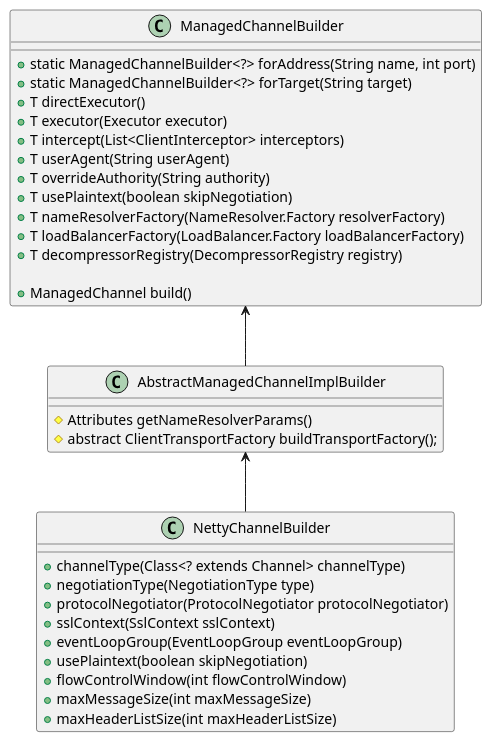
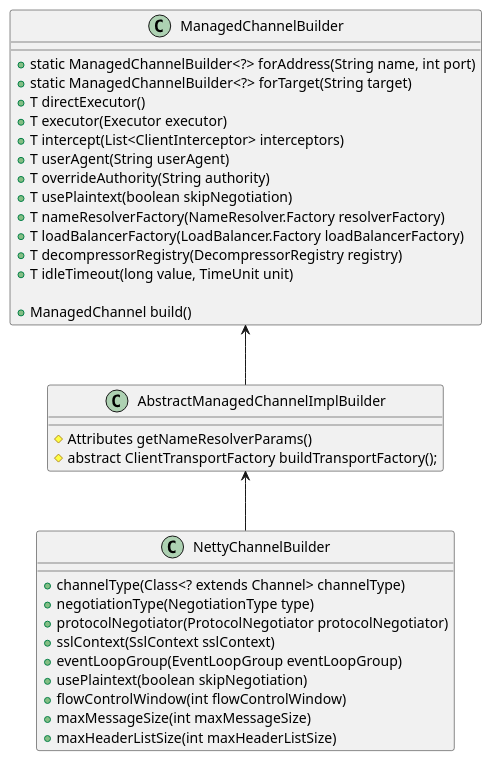
The diagram in channel/channel_builder/images/builders.puml (skyao/learning-grpc), drawn with PlantUML before and after one commit. The commit also changed 2 other files, not shown here.

```diff
--- a/channel/channel_builder/images/builders.puml
+++ b/channel/channel_builder/images/builders.puml
@@ -1,41 +1,42 @@
 @startuml
 
 class ManagedChannelBuilder {
 
 + static ManagedChannelBuilder<?> forAddress(String name, int port)
 + static ManagedChannelBuilder<?> forTarget(String target)
 + T directExecutor()
 + T executor(Executor executor)
 + T intercept(List<ClientInterceptor> interceptors)
 + T userAgent(String userAgent)
 + T overrideAuthority(String authority)
 + T usePlaintext(boolean skipNegotiation)
 + T nameResolverFactory(NameResolver.Factory resolverFactory)
 + T loadBalancerFactory(LoadBalancer.Factory loadBalancerFactory)
 + T decompressorRegistry(DecompressorRegistry registry)
++ T idleTimeout(long value, TimeUnit unit)
 
 + ManagedChannel build()
 }
 
 class AbstractManagedChannelImplBuilder {
 # Attributes getNameResolverParams()
 # abstract ClientTransportFactory buildTransportFactory();
 }
 
 class NettyChannelBuilder {
 + channelType(Class<? extends Channel> channelType)
 + negotiationType(NegotiationType type)
 + protocolNegotiator(ProtocolNegotiator protocolNegotiator)
 + sslContext(SslContext sslContext)
 + eventLoopGroup(EventLoopGroup eventLoopGroup)
 + usePlaintext(boolean skipNegotiation)
 + flowControlWindow(int flowControlWindow)
 + maxMessageSize(int maxMessageSize)
 + maxHeaderListSize(int maxHeaderListSize)
 }
 
 ManagedChannelBuilder <-- AbstractManagedChannelImplBuilder
 AbstractManagedChannelImplBuilder <-- NettyChannelBuilder
 
 
 @enduml
```
